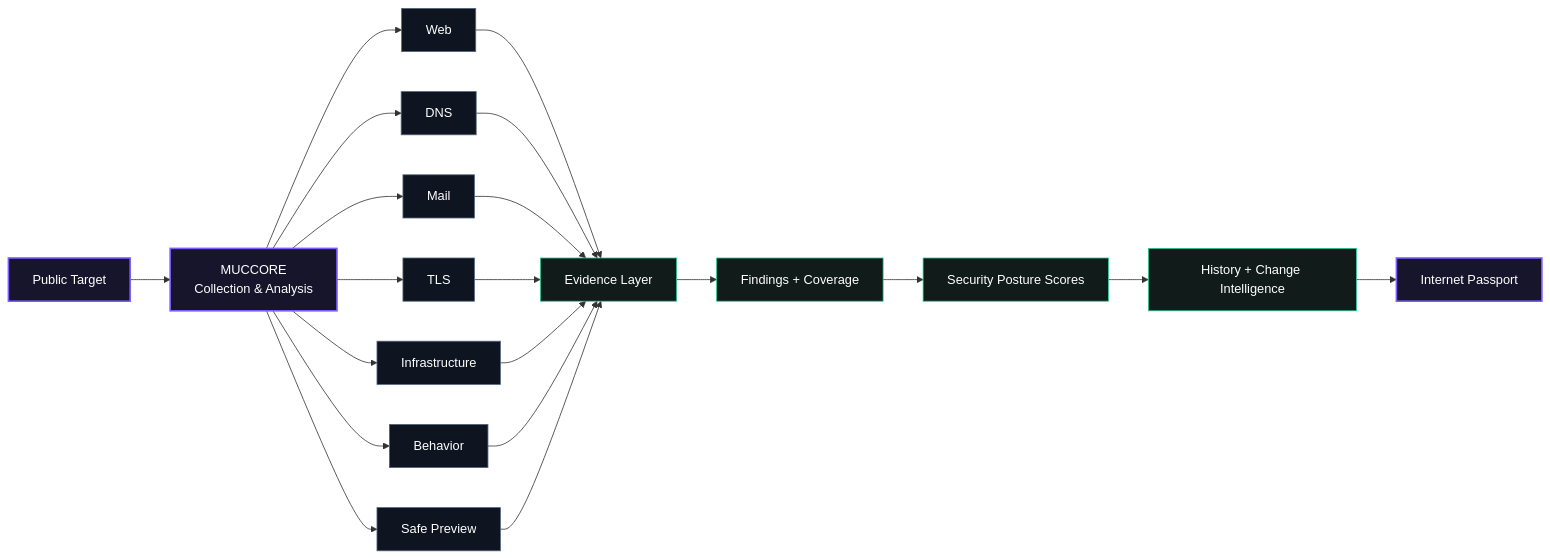
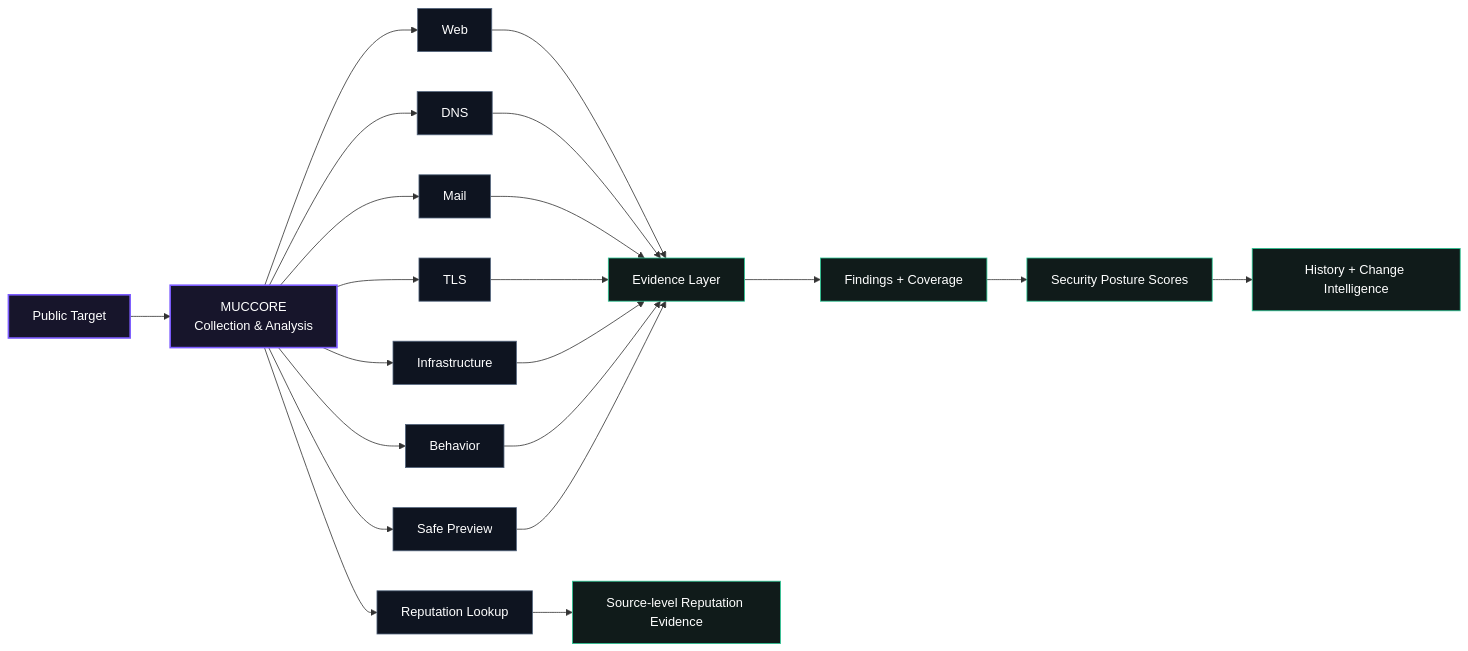
Before and after one commit to mchdIron/muccore-internet-passport: the first of 2 diagrams in README.tr.md, drawn with Mermaid. The commit also changed other lines of this file, not shown here.

````diff
--- a/README.tr.md
+++ b/README.tr.md
@@ -31,31 +45,32 @@
 ```mermaid
 flowchart LR
     T["Public Target"] --> C["MUCCORE<br/>Collection & Analysis"]
     C --> W["Web"]
     C --> D["DNS"]
     C --> M["Mail"]
     C --> L["TLS"]
     C --> I["Infrastructure"]
     C --> B["Behavior"]
     C --> P["Safe Preview"]
+    C --> R["Reputation Lookup"]
 
     W --> E["Evidence Layer"]
     D --> E
     M --> E
     L --> E
     I --> E
     B --> E
     P --> E
 
     E --> F["Findings + Coverage"]
     F --> S["Security Posture Scores"]
     S --> H["History + Change Intelligence"]
-    H --> R["Internet Passport"]
+    R --> RI["Source-level Reputation Evidence"]
 
     classDef core fill:#17152b,stroke:#7c5cff,color:#fff,stroke-width:2px;
     classDef module fill:#0e1420,stroke:#53657d,color:#fff;
     classDef evidence fill:#101b1a,stroke:#29c995,color:#fff;
-    class T,C,R core;
-    class W,D,M,L,I,B,P module;
-    class E,F,S,H evidence;
+    class T,C core;
+    class W,D,M,L,I,B,P,R module;
+    class E,F,S,H,RI evidence;
 ```
````
